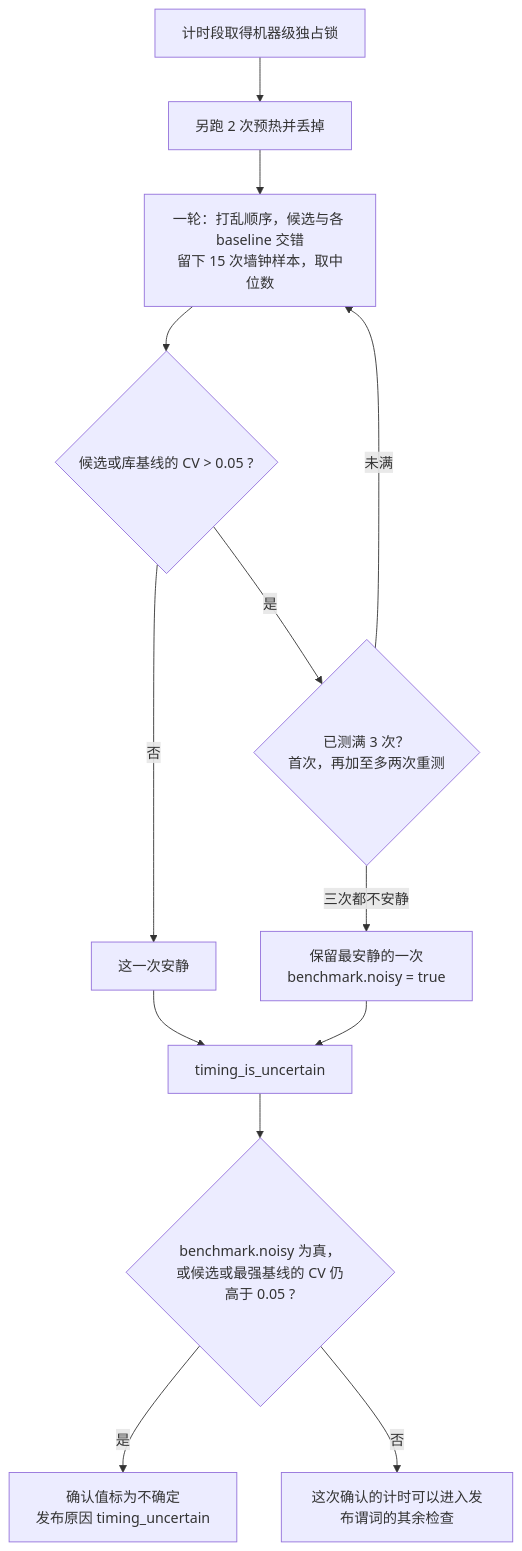
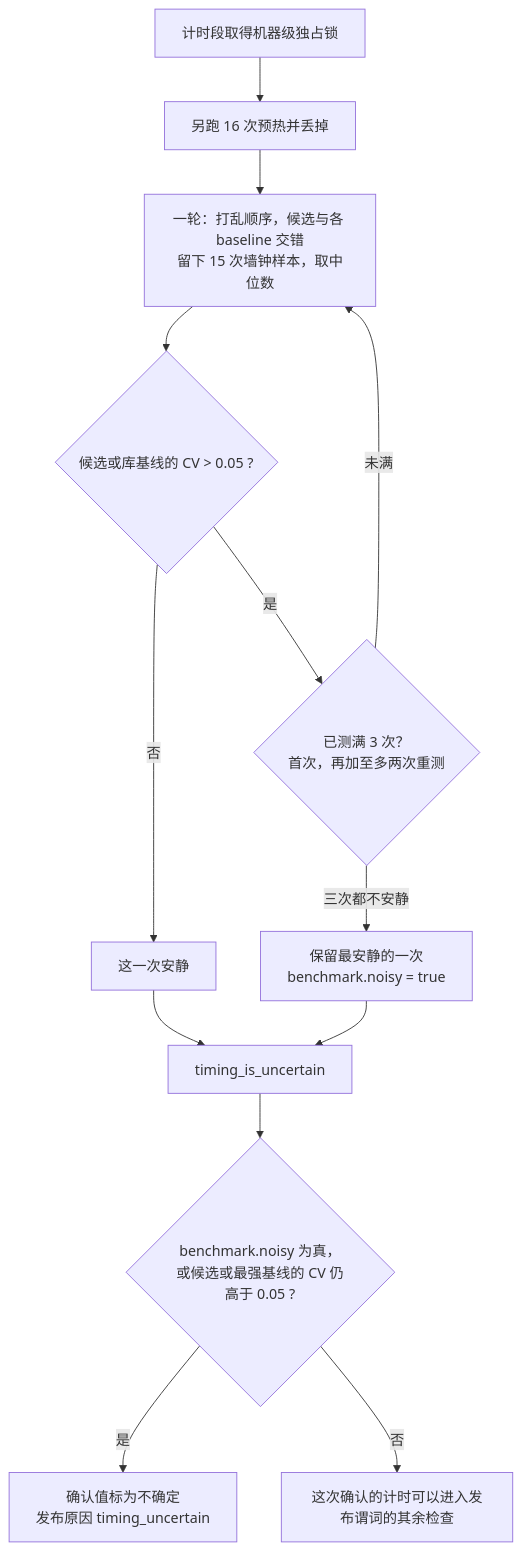
The seventh of 7 diagrams in docs/架构/评测.md (kuafuwang/ShapeForge), drawn with Mermaid before and after one commit. The commit also changed other lines of this file and 93 other files, not shown here.

````diff
--- a/docs/架构/评测.md
+++ b/docs/架构/评测.md
@@ -509,15 +508,15 @@
 ```mermaid
 flowchart TD
-  lock["计时段取得机器级独占锁"] --> warmup["另跑 2 次预热并丢掉"]
+  lock["计时段取得机器级独占锁"] --> warmup["另跑 16 次预热并丢掉"]
   warmup --> sample["一轮：打乱顺序，候选与各 baseline 交错<br/>留下 15 次墙钟样本，取中位数"]
   sample --> quiet{"候选或库基线的 CV > 0.05 ?"}
   quiet -->|否| calm["这一次安静"]
   quiet -->|是| again{"已测满 3 次？<br/>首次，再加至多两次重测"}
   again -->|未满| sample
   again -->|三次都不安静| noisy["保留最安静的一次<br/>benchmark.noisy = true"]
   calm --> gate["timing_is_uncertain"]
   noisy --> gate
   gate --> publish{"benchmark.noisy 为真，<br/>或候选或最强基线的 CV 仍高于 0.05 ?"}
   publish -->|是| uncertain["确认值标为不确定<br/>发布原因 timing_uncertain"]
   publish -->|否| certain["这次确认的计时可以进入发布谓词的其余检查"]
 ```
````
